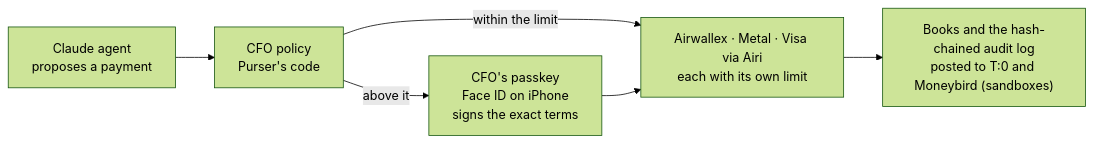
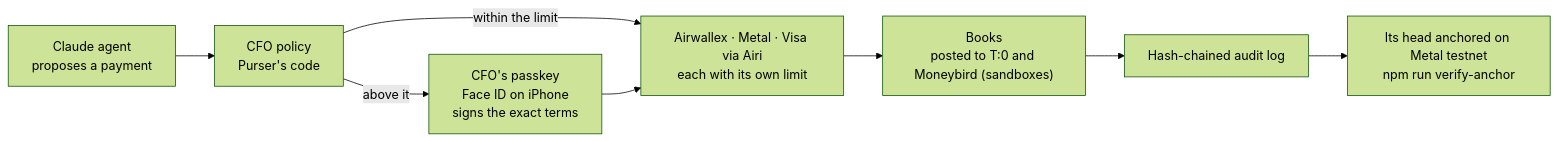
One commit to agamemnon-coder/x402-business-agents changed the first of 3 diagrams in README.md. Above: the diagram before and after it, drawn with Mermaid (forest theme). The commit also changed other lines of this file and 20 other files, not shown here.

````diff
--- a/README.md
+++ b/README.md
@@ -28,8 +30,9 @@
 ```mermaid
 flowchart LR
   A["Claude agent<br/>proposes a payment"] --> P["CFO policy<br/>Purser's code"]
   P -- "within the limit" --> R["Airwallex · Metal · Visa via Airi<br/>each with its own limit"]
   P -- "above it" --> F["CFO's passkey<br/>Face ID on iPhone<br/>signs the exact terms"]
   F --> R
-  R --> B["Books and the hash-chained audit log<br/>posted to T:0 and Moneybird (sandboxes)"]
+  R --> B["Books<br/>posted to T:0 and Moneybird (sandboxes)"]
+  B --> L["Hash-chained audit log"] --> N["Its head anchored on Metal testnet<br/>npm run verify-anchor"]
 ```
````
